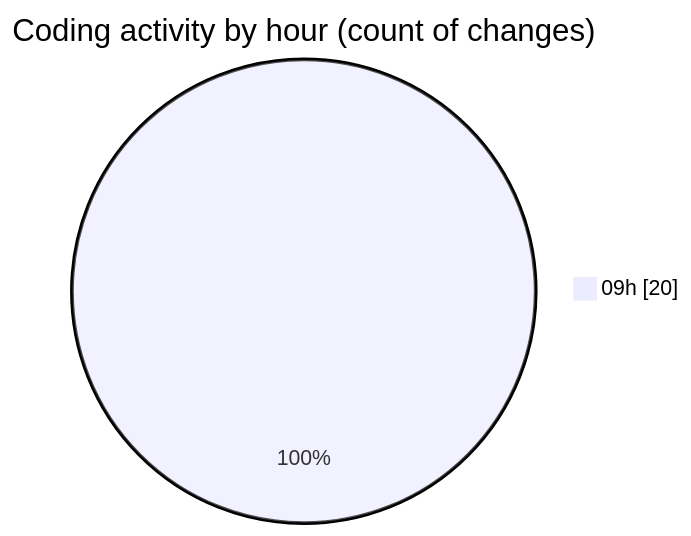
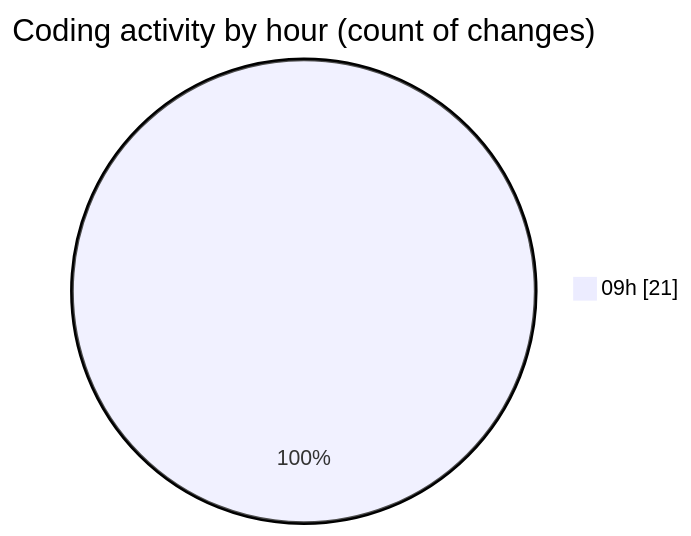
Before and after one commit to CELIANVF/code-tracking: the second of 2 diagrams in 2025-05-20/ecodeli-1/README.md, drawn with Mermaid. The commit also changed other lines of this file and 1 other file, not shown here.

````diff
--- a/2025-05-20/ecodeli-1/README.md
+++ b/2025-05-20/ecodeli-1/README.md
@@ -38,5 +40,5 @@
 ```mermaid
 pie showData
 title Coding activity by hour (count of changes)
-"09h" : 20
+"09h" : 21
 ```
````
